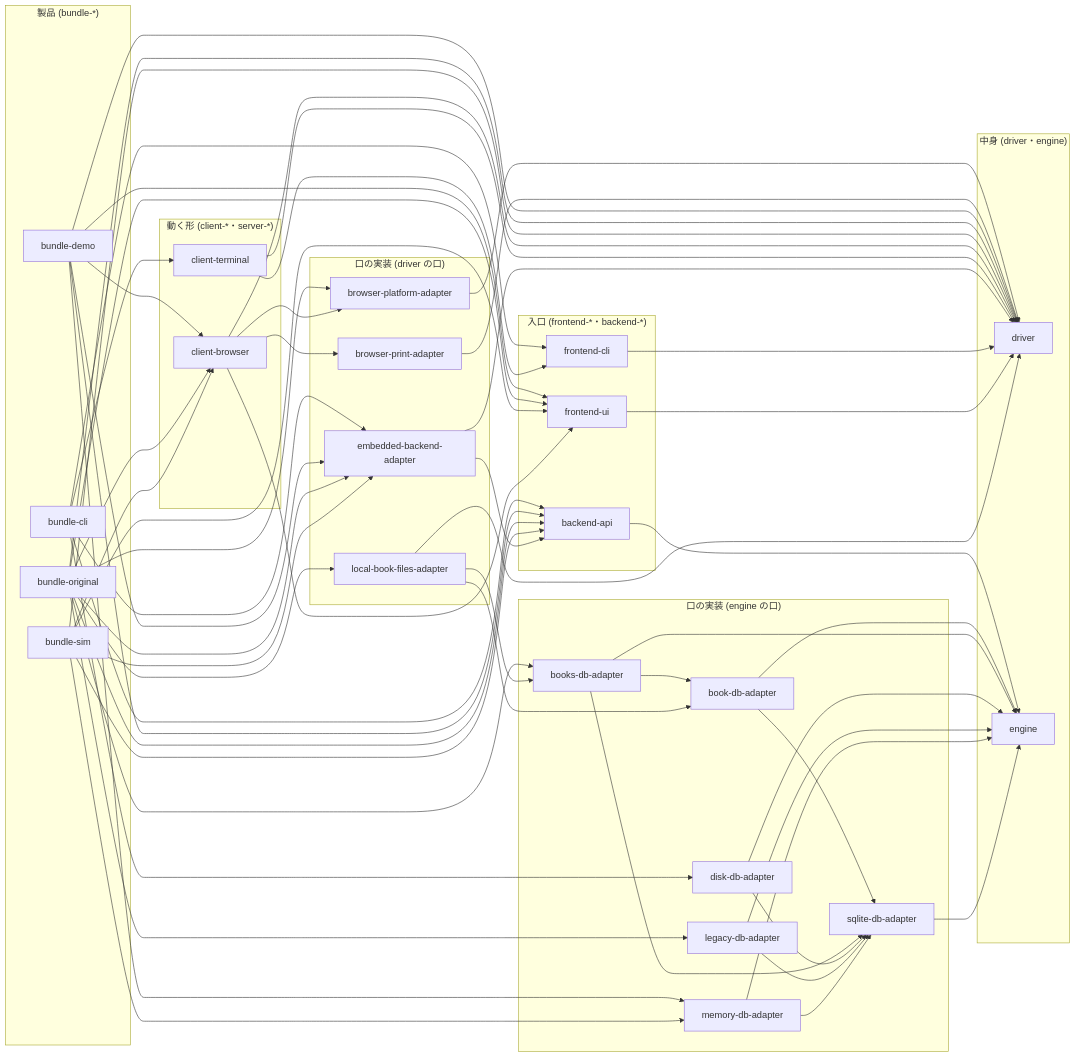
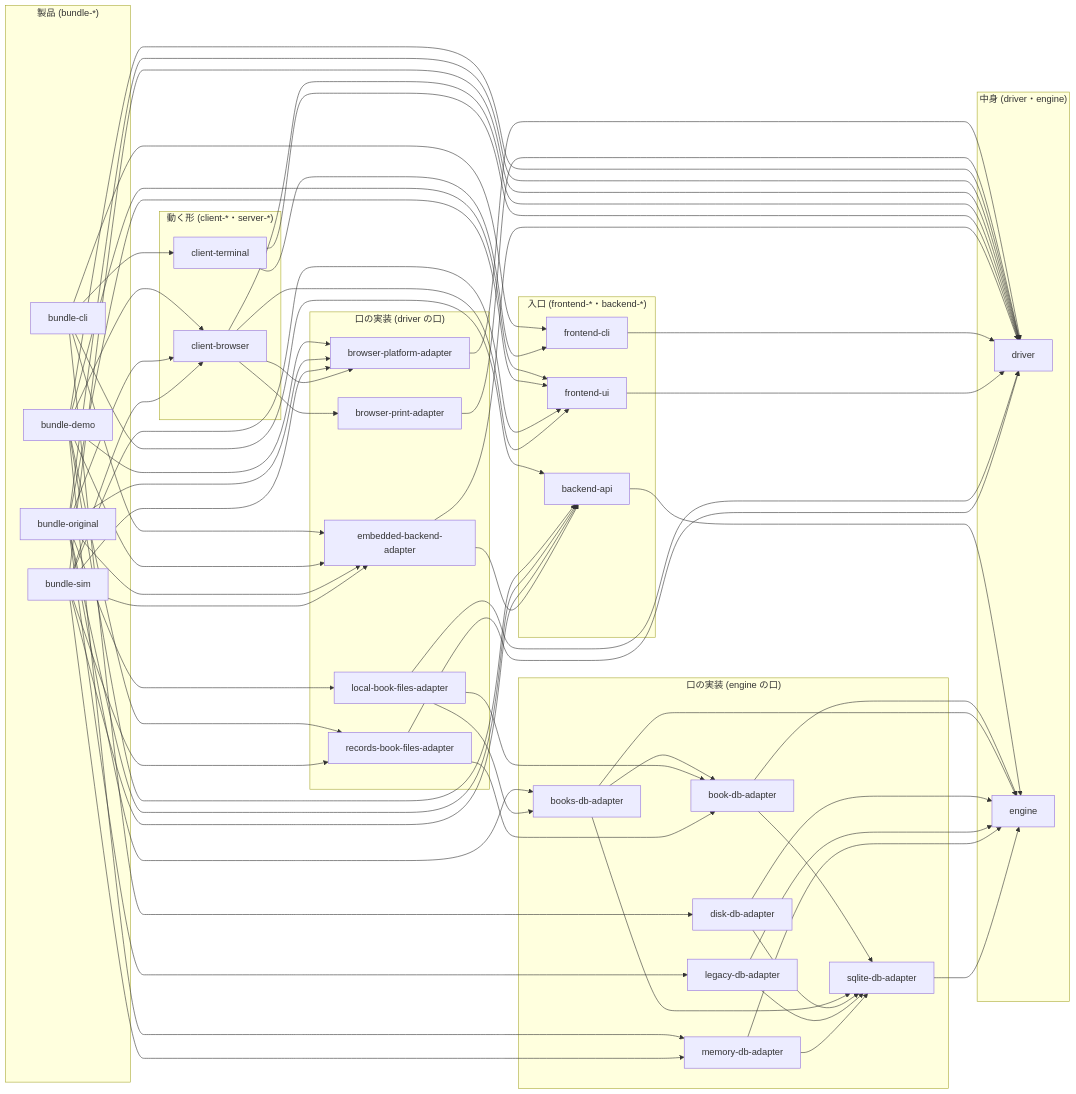
One commit to rubydogjp/openkk changed the diagram in docs/dependency-graph.md. Above: the diagram before and after it, drawn with Mermaid. The commit also changed other lines of this file and 47 other files, not shown here.

Commit message:
feat: 圧縮保存の操作をどの製品からもなくし、バックアップを .openkk にそろえる (Sim版・デモ版は記録から帳簿のファイルを組み立てる records-book-files-adapter を使う。以前に圧縮保存した期間はふつうの本締め済みとして見せ、データ削除済みの期間は知らせを出す。期間の上限と削除の設定をなくす)

````diff
--- a/docs/dependency-graph.md
+++ b/docs/dependency-graph.md
@@ -33,6 +33,7 @@
     rubydogjp_openkk_browser_print_adapter["browser-print-adapter"]
     rubydogjp_openkk_embedded_backend_adapter["embedded-backend-adapter"]
     rubydogjp_openkk_local_book_files_adapter["local-book-files-adapter"]
+    rubydogjp_openkk_records_book_files_adapter["records-book-files-adapter"]
   end
 
   subgraph engine_adapter["口の実装 (engine の口)"]
@@ -63,6 +64,8 @@
   rubydogjp_openkk_bundle_cli --> rubydogjp_openkk_embedded_backend_adapter
   rubydogjp_openkk_bundle_cli --> rubydogjp_openkk_frontend_cli
   rubydogjp_openkk_bundle_demo --> rubydogjp_openkk_backend_api
+  rubydogjp_openkk_bundle_demo --> rubydogjp_openkk_records_book_files_adapter
+  rubydogjp_openkk_bundle_demo --> rubydogjp_openkk_browser_platform_adapter
   rubydogjp_openkk_bundle_demo --> rubydogjp_openkk_client_browser
   rubydogjp_openkk_bundle_demo --> rubydogjp_openkk_driver
   rubydogjp_openkk_bundle_demo --> rubydogjp_openkk_embedded_backend_adapter
@@ -78,6 +81,8 @@
   rubydogjp_openkk_bundle_original --> rubydogjp_openkk_legacy_db_adapter
   rubydogjp_openkk_bundle_original --> rubydogjp_openkk_local_book_files_adapter
   rubydogjp_openkk_bundle_sim --> rubydogjp_openkk_backend_api
+  rubydogjp_openkk_bundle_sim --> rubydogjp_openkk_records_book_files_adapter
+  rubydogjp_openkk_bundle_sim --> rubydogjp_openkk_browser_platform_adapter
   rubydogjp_openkk_bundle_sim --> rubydogjp_openkk_client_browser
   rubydogjp_openkk_bundle_sim --> rubydogjp_openkk_driver
   rubydogjp_openkk_bundle_sim --> rubydogjp_openkk_embedded_backend_adapter
@@ -102,5 +107,7 @@
   rubydogjp_openkk_local_book_files_adapter --> rubydogjp_openkk_driver
   rubydogjp_openkk_memory_db_adapter --> rubydogjp_openkk_engine
   rubydogjp_openkk_memory_db_adapter --> rubydogjp_openkk_sqlite_db_adapter
+  rubydogjp_openkk_records_book_files_adapter --> rubydogjp_openkk_book_db_adapter
+  rubydogjp_openkk_records_book_files_adapter --> rubydogjp_openkk_driver
   rubydogjp_openkk_sqlite_db_adapter --> rubydogjp_openkk_engine
 ```
````
